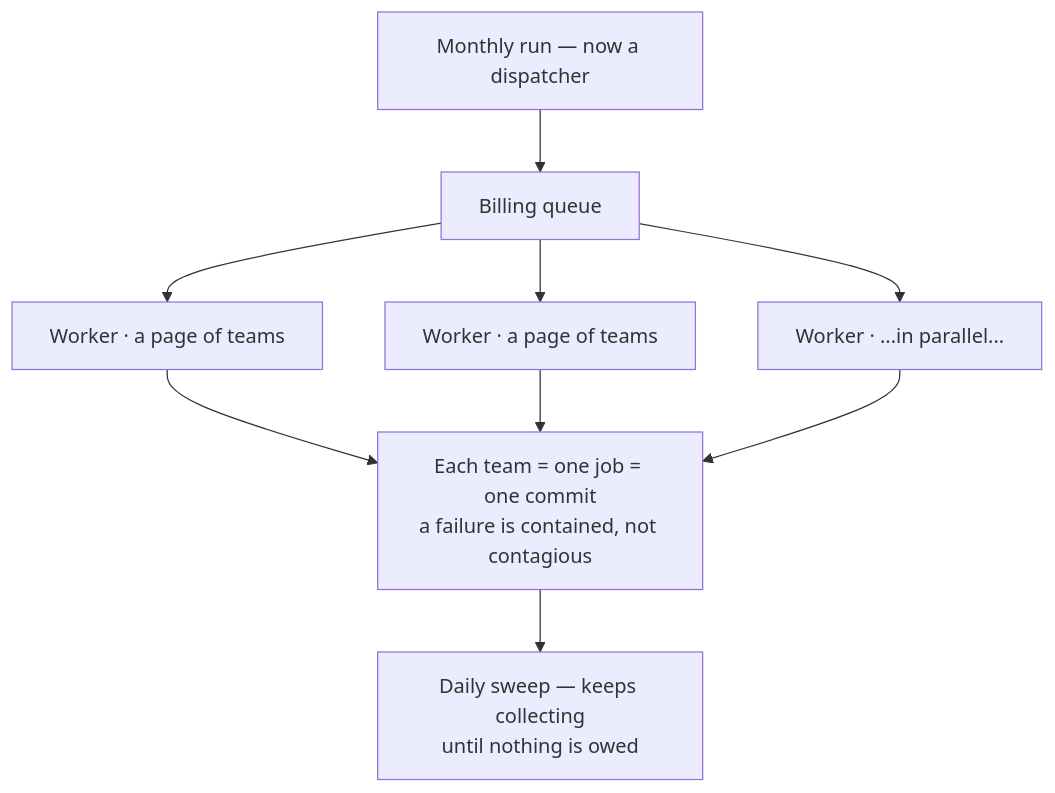
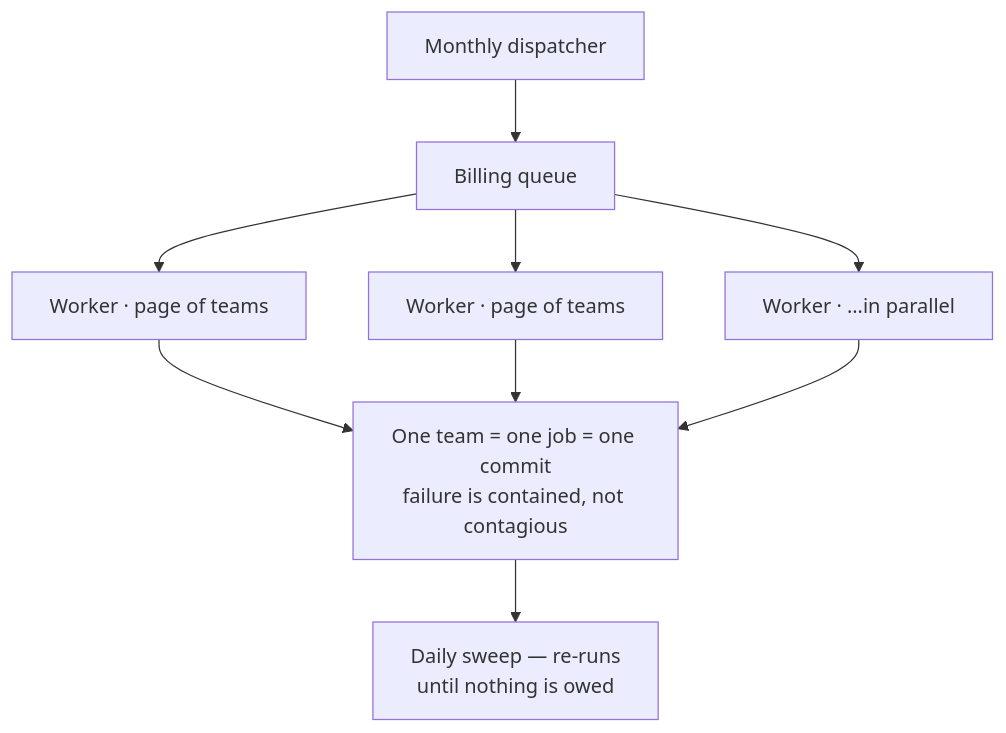
The fifth of 11 diagrams in billing-improvements-explained.md (saurabh6790/v2-billing-specs), drawn with Mermaid before and after one commit. The commit also changed other lines of this file, not shown here.

Commit message:
blog: tighter, more diagrams, our own voice

````diff
--- a/billing-improvements-explained.md
+++ b/billing-improvements-explained.md
@@ -149,11 +133,11 @@
 ```mermaid
 flowchart TD
-    O["Monthly run — now a dispatcher"] --> Q["Billing queue"]
-    Q --> K1["Worker · a page of teams"]
-    Q --> K2["Worker · a page of teams"]
-    Q --> K3["Worker · ...in parallel..."]
-    K1 --> P["Each team = one job = one commit<br/>a failure is contained, not contagious"]
+    O["Monthly dispatcher"] --> Q["Billing queue"]
+    Q --> K1["Worker · page of teams"]
+    Q --> K2["Worker · page of teams"]
+    Q --> K3["Worker · …in parallel"]
+    K1 --> P["One team = one job = one commit<br/>failure is contained, not contagious"]
     K2 --> P
     K3 --> P
-    P --> DS["Daily sweep — keeps collecting<br/>until nothing is owed"]
+    P --> DS["Daily sweep — re-runs<br/>until nothing is owed"]
 ```
````
